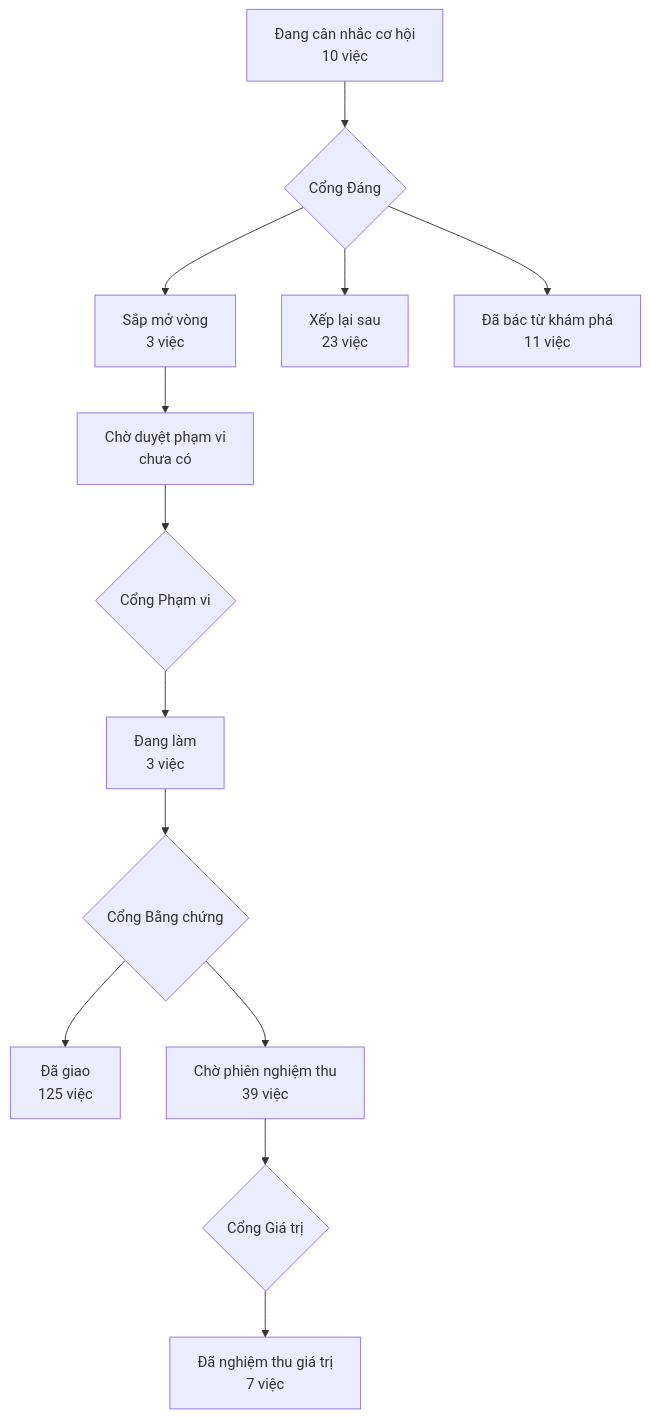
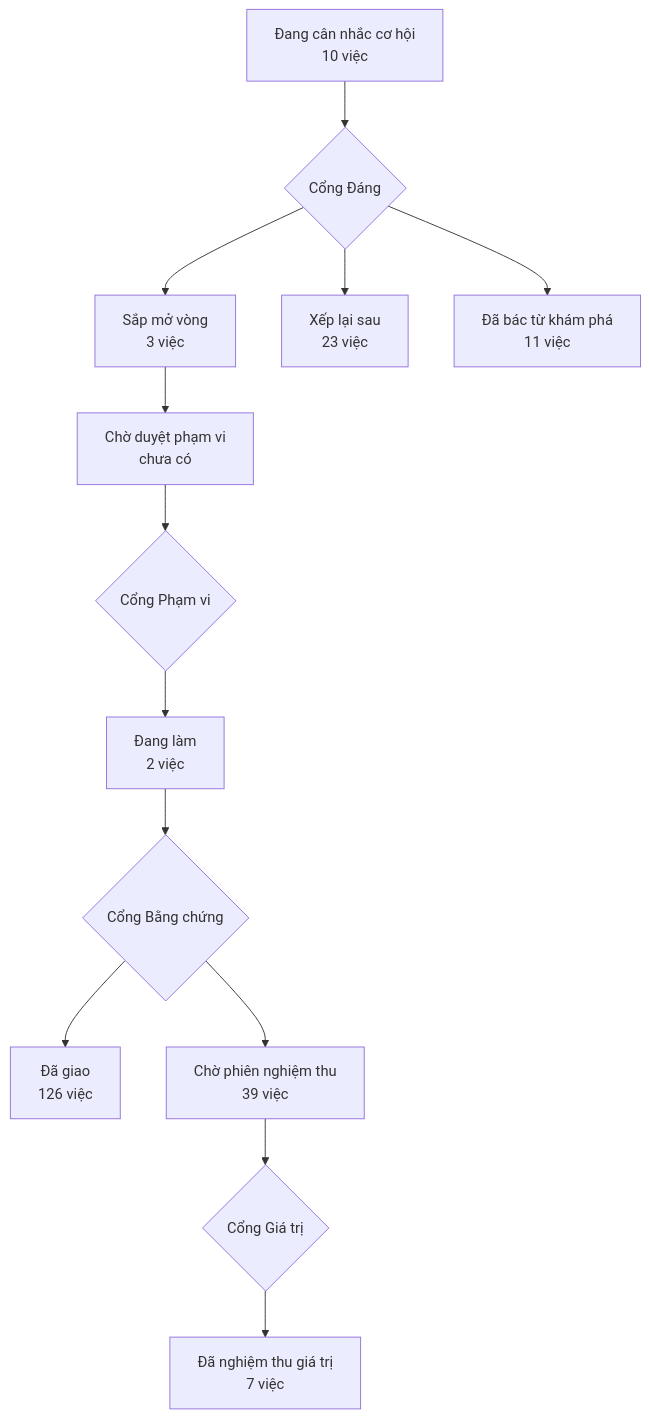
One commit to phanlemanh/acceptance-gate-kit changed the diagram in PRODUCT-MAP.md. Above: the diagram before and after it, drawn with Mermaid. The commit also changed 6 other files, not shown here.

````diff
--- a/PRODUCT-MAP.md
+++ b/PRODUCT-MAP.md
@@ -7,12 +7,12 @@
 ```mermaid
 flowchart TD
   A["Đang cân nhắc cơ hội<br/>10 việc"] --> GD{"Cổng Đáng"}
   GD --> B["Sắp mở vòng<br/>3 việc"]
   GD --> XL["Xếp lại sau<br/>23 việc"]
   GD --> DB["Đã bác từ khám phá<br/>11 việc"]
   B --> CD["Chờ duyệt phạm vi<br/>chưa có"] --> GP{"Cổng Phạm vi"}
-  GP --> DL["Đang làm<br/>3 việc"] --> GB{"Cổng Bằng chứng"}
-  GB --> DG["Đã giao<br/>125 việc"]
+  GP --> DL["Đang làm<br/>2 việc"] --> GB{"Cổng Bằng chứng"}
+  GB --> DG["Đã giao<br/>126 việc"]
   GB --> CN["Chờ phiên nghiệm thu<br/>39 việc"] --> GG{"Cổng Giá trị"}
   GG --> NT["Đã nghiệm thu giá trị<br/>7 việc"]
 ```
````
